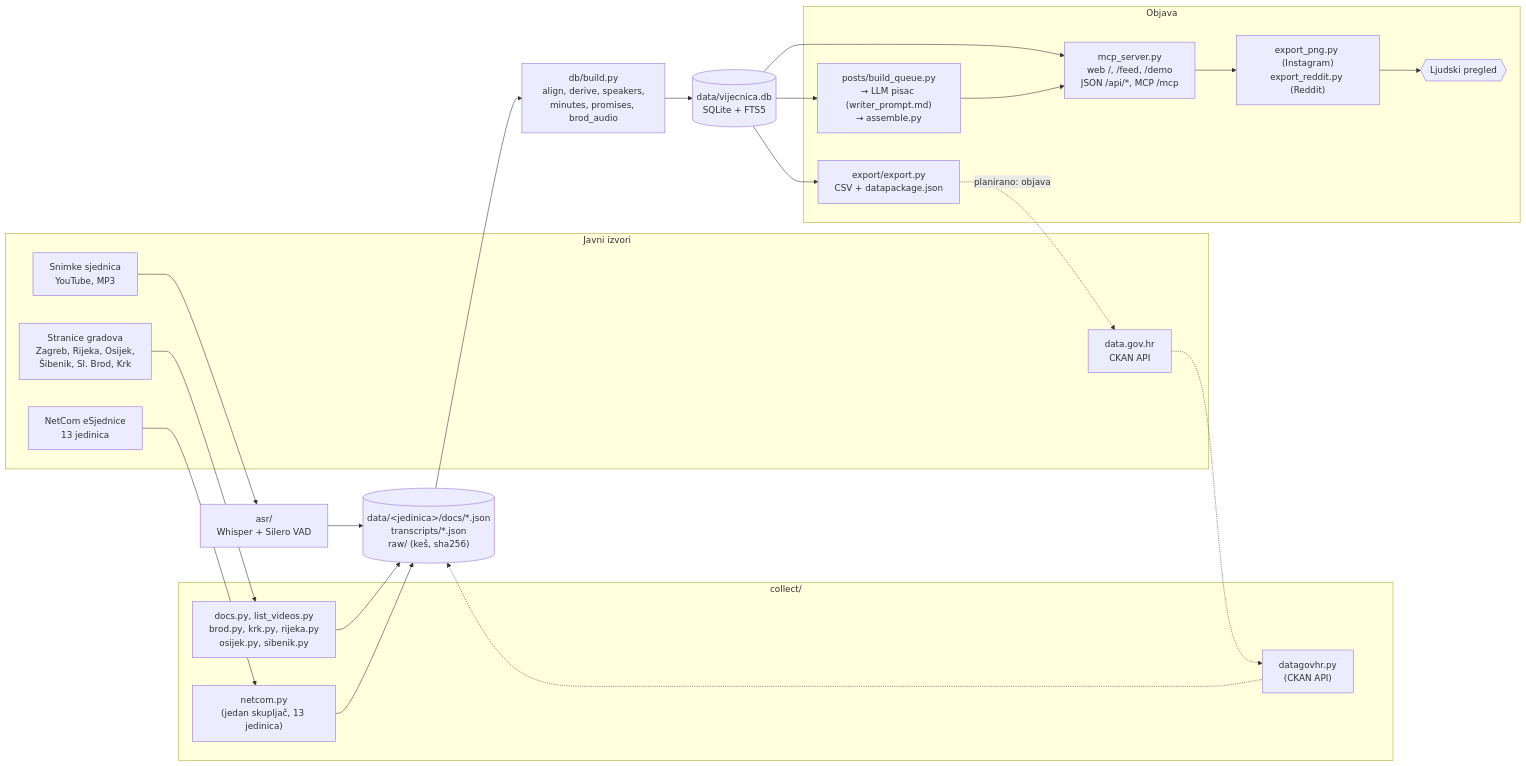
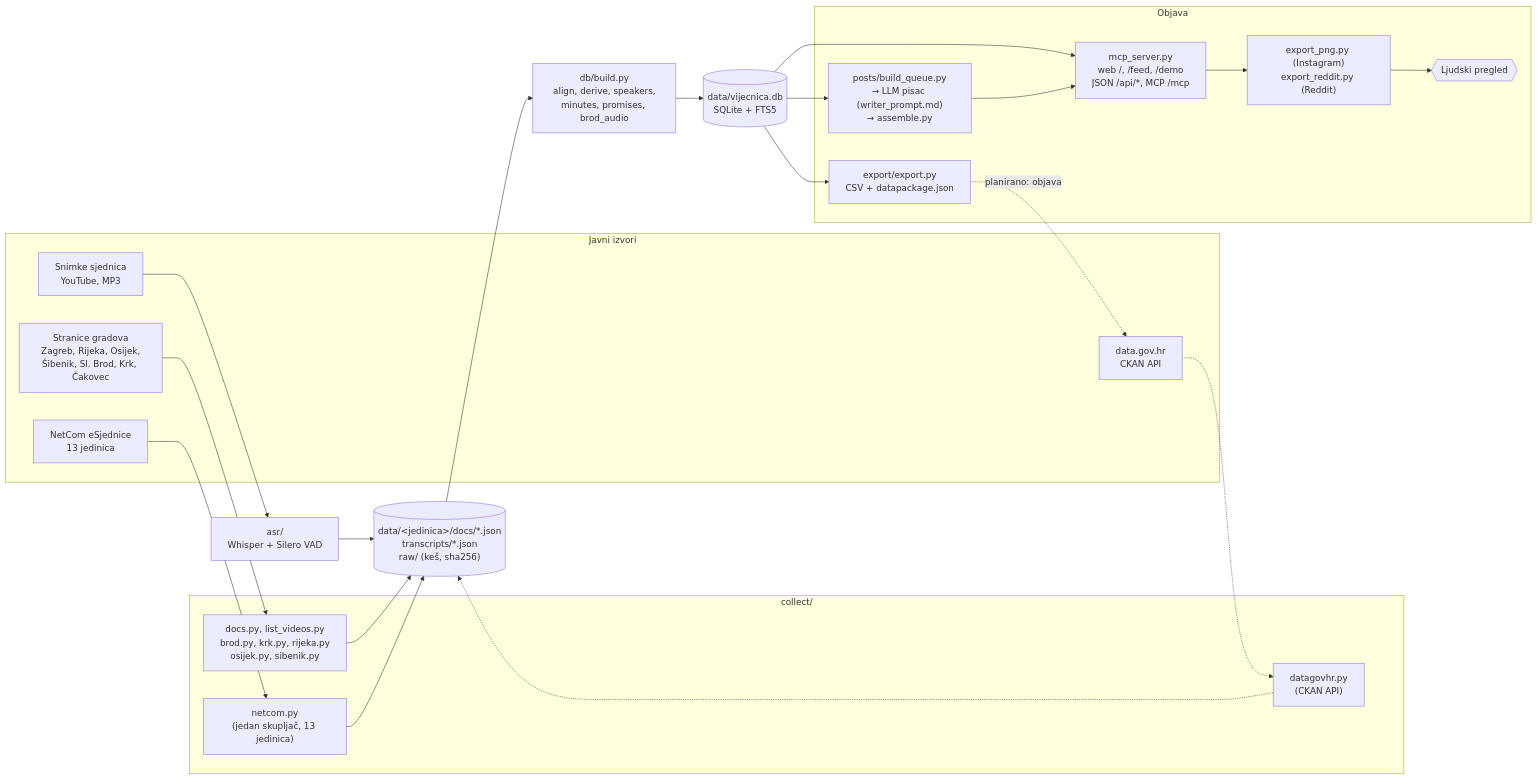
Before and after one commit to frenki1004/vijecnica: the diagram in ARHITEKTURA.md, drawn with Mermaid. The commit also changed other lines of this file and 3 other files, not shown here.

````diff
--- a/ARHITEKTURA.md
+++ b/ARHITEKTURA.md
@@ -18,43 +18,43 @@
 ```mermaid
 flowchart LR
   subgraph Izvori["Javni izvori"]
-    W["Stranice gradova<br/>Zagreb, Rijeka, Osijek,<br/>Šibenik, Sl. Brod, Krk"]
+    W["Stranice gradova<br/>Zagreb, Rijeka, Osijek,<br/>Šibenik, Sl. Brod, Krk, Čakovec"]
     N["NetCom eSjednice<br/>13 jedinica"]
     Y["Snimke sjednica<br/>YouTube, MP3"]
     D["data.gov.hr<br/>CKAN API"]
   end
 
   subgraph Prikupljanje["collect/"]
     C1["docs.py, list_videos.py<br/>brod.py, krk.py, rijeka.py<br/>osijek.py, sibenik.py"]
     C2["netcom.py<br/>(jedan skupljač, 13 jedinica)"]
     C3["datagovhr.py<br/>(CKAN API)"]
   end
 
   ASR["asr/<br/>Whisper + Silero VAD"]
   J[("data/&lt;jedinica&gt;/docs/*.json<br/>transcripts/*.json<br/>raw/ (keš, sha256)")]
   B["db/build.py<br/>align, derive, speakers,<br/>minutes, promises, brod_audio"]
   DB[("data/vijecnica.db<br/>SQLite + FTS5")]
 
   subgraph Objava
     S["mcp_server.py<br/>web /, /feed, /demo<br/>JSON /api/*, MCP /mcp"]
     E["export/export.py<br/>CSV + datapackage.json"]
     P["posts/build_queue.py<br/>→ LLM pisac (writer_prompt.md)<br/>→ assemble.py"]
     O["export_png.py (Instagram)<br/>export_reddit.py (Reddit)"]
     H{{"Ljudski pregled"}}
   end
 
   W --> C1
   N --> C2
   D -.-> C3
   Y --> ASR
   C1 --> J
   C2 --> J
   C3 -.-> J
   ASR --> J
   J --> B --> DB
   DB --> S
   DB --> E
   DB --> P --> S
   S --> O --> H
   E -. "planirano: objava" .-> D
 ```
````
